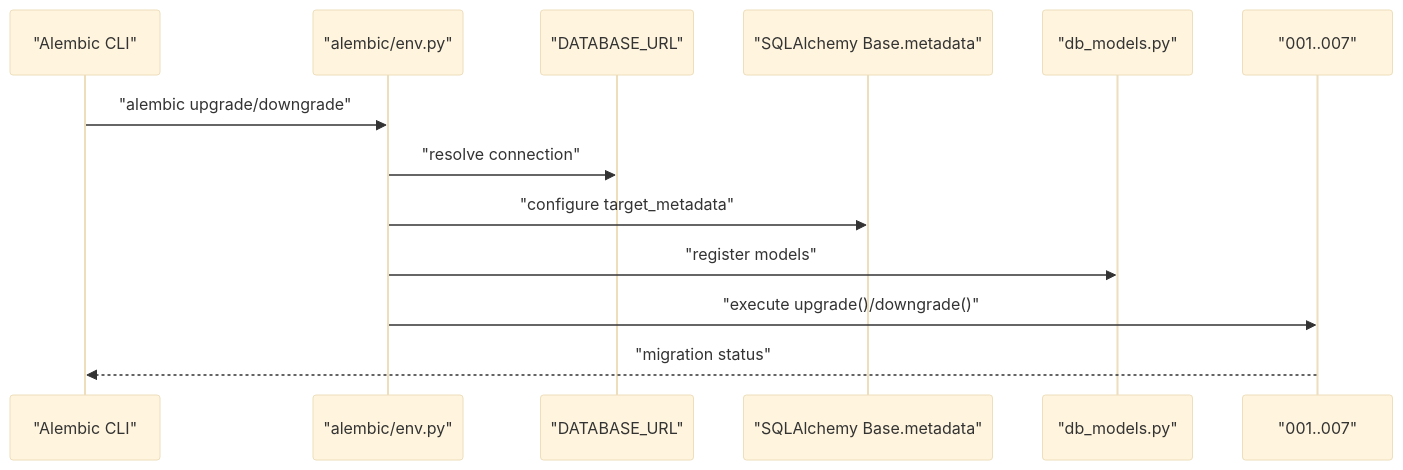
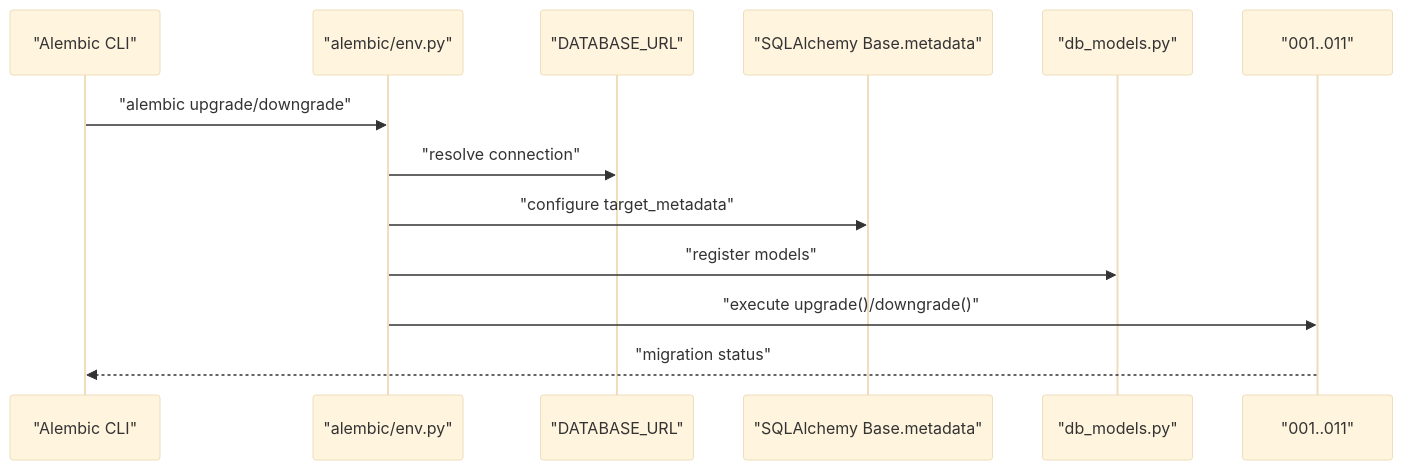
One commit to Revanththetalogics/aireume changed the second of 13 diagrams in .qoder/repowiki/en/content/Database Design/Migration Management.md. Above: the diagram before and after it, drawn with Mermaid (base theme). The commit also changed other lines of this file and 20 other files, not shown here.

````diff
--- a/.qoder/repowiki/en/content/Database Design/Migration Management.md
+++ b/.qoder/repowiki/en/content/Database Design/Migration Management.md
@@ -131,15 +157,15 @@
 ```mermaid
 sequenceDiagram
 participant CLI as "Alembic CLI"
 participant Env as "alembic/env.py"
 participant DB as "DATABASE_URL"
 participant Meta as "SQLAlchemy Base.metadata"
 participant Models as "db_models.py"
-participant Versions as "001..007"
+participant Versions as "001..011"
 CLI->>Env : "alembic upgrade/downgrade"
 Env->>DB : "resolve connection"
 Env->>Meta : "configure target_metadata"
 Env->>Models : "register models"
 Env->>Versions : "execute upgrade()/downgrade()"
 Versions-->>CLI : "migration status"
 ```
````
